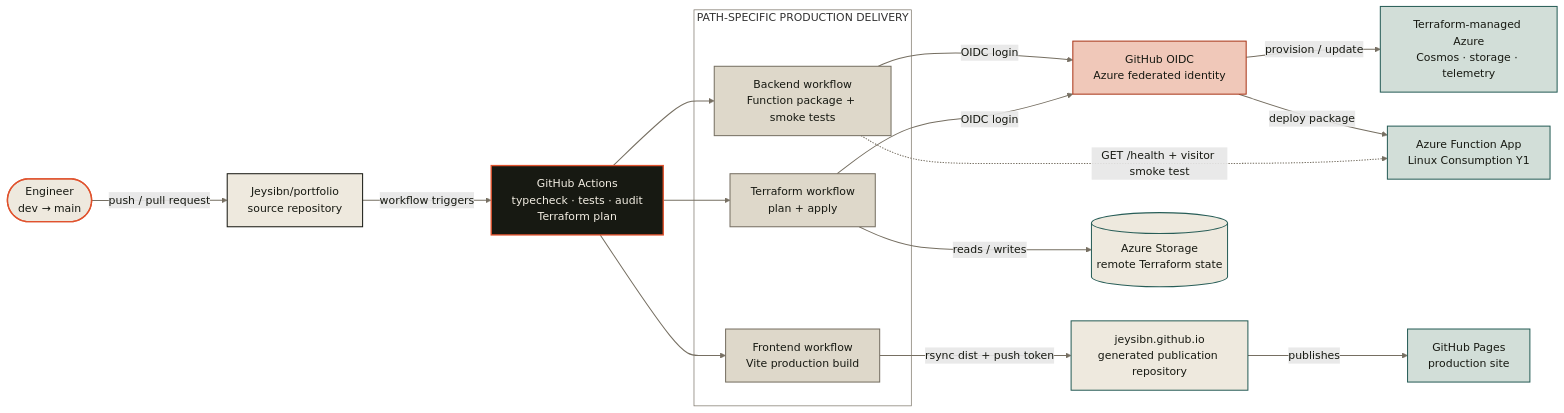
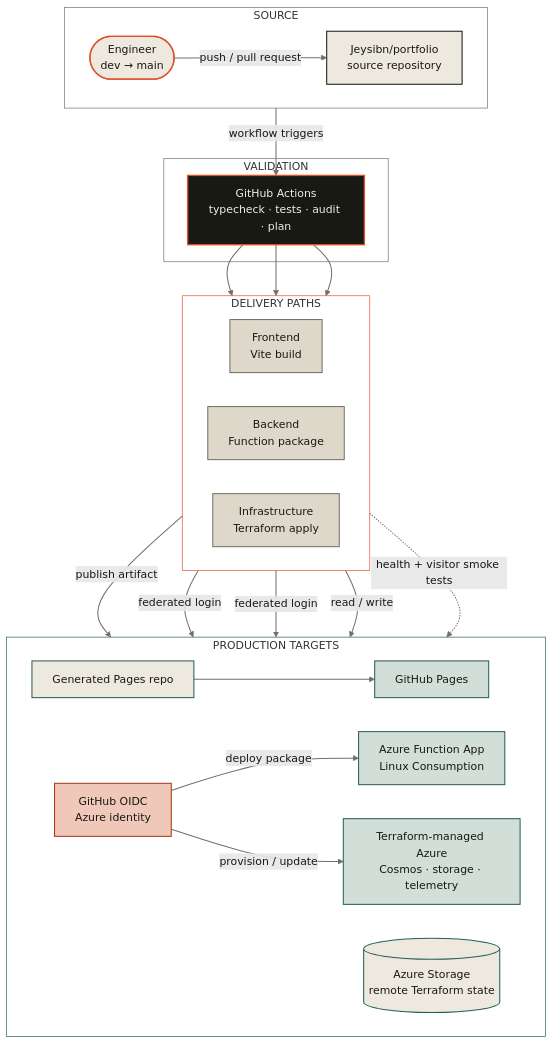
One commit to Jeysibn/portfolio changed the diagram in docs/architecture/portfolio/delivery.mmd. Above: the diagram before and after it, drawn with Mermaid. The commit also changed 13 other files, not shown here.

Commit message:
polish architecture diagram presentation

```diff
--- a/docs/architecture/portfolio/delivery.mmd
+++ b/docs/architecture/portfolio/delivery.mmd
@@ -1,43 +1,52 @@
 %% C4 container-level delivery and infrastructure view.
 %% Audience: technical reviewers locating validation, trust, and deploy boundaries.
-flowchart LR
-  engineer(["Engineer<br/>dev → main"]):::actor
-  source["Jeysibn/portfolio<br/>source repository"]:::surface
-  gates["GitHub Actions<br/>typecheck · tests · audit<br/>Terraform plan"]:::control
-
-  subgraph delivery["PATH-SPECIFIC PRODUCTION DELIVERY"]
-    frontend["Frontend workflow<br/>Vite production build"]:::pipeline
-    backend["Backend workflow<br/>Function package + smoke tests"]:::pipeline
-    infra["Terraform workflow<br/>plan + apply"]:::pipeline
+%% Shows production delivery paths; runtime request handling is out of scope.
+flowchart TB
+  subgraph sourcePhase["SOURCE"]
+    direction LR
+    engineer(["Engineer<br/>dev → main"]):::actor
+    source["Jeysibn/portfolio<br/>source repository"]:::surface
+    engineer -->|"push / pull request"| source
   end
-
-  oidc["GitHub OIDC<br/>Azure federated identity"]:::trust
-  pagesRepo["jeysibn.github.io<br/>generated publication repository"]:::state
-  pages["GitHub Pages<br/>production site"]:::runtime
-  function["Azure Function App<br/>Linux Consumption Y1"]:::runtime
-  azure["Terraform-managed Azure<br/>Cosmos · storage · telemetry"]:::runtime
-  tfstate[("Azure Storage<br/>remote Terraform state")]:::state
-
-  engineer -->|"push / pull request"| source
+  subgraph validationPhase["VALIDATION"]
+    gates["GitHub Actions<br/>typecheck · tests · audit · plan"]:::control
+  end
+  subgraph deliveryPhase["DELIVERY PATHS"]
+    direction LR
+    frontend["Frontend<br/>Vite build"]:::pipeline
+    backend["Backend<br/>Function package"]:::pipeline
+    infra["Infrastructure<br/>Terraform apply"]:::pipeline
+  end
+  subgraph productionPhase["PRODUCTION TARGETS"]
+    direction LR
+    pagesRepo["Generated Pages repo"]:::state
+    pages["GitHub Pages"]:::runtime
+    oidc["GitHub OIDC<br/>Azure identity"]:::trust
+    function["Azure Function App<br/>Linux Consumption"]:::runtime
+    azure["Terraform-managed Azure<br/>Cosmos · storage · telemetry"]:::runtime
+    tfstate[("Azure Storage<br/>remote Terraform state")]:::state
+  end
   source -->|"workflow triggers"| gates
   gates --> frontend
   gates --> backend
   gates --> infra
-  frontend -->|"rsync dist + push token"| pagesRepo
-  pagesRepo -->|"publishes"| pages
-  backend -->|"OIDC login"| oidc
-  infra -->|"OIDC login"| oidc
+  frontend -->|"publish artifact"| pagesRepo
+  pagesRepo --> pages
+  backend -->|"federated login"| oidc
+  infra -->|"federated login"| oidc
   oidc -->|"deploy package"| function
   oidc -->|"provision / update"| azure
-  infra -->|"reads / writes"| tfstate
-  backend -.->|"GET /health + visitor smoke test"| function
-
+  infra -->|"read / write"| tfstate
+  backend -.->|"health + visitor smoke tests"| function
   classDef actor fill:#eee9de,stroke:#e0522d,color:#171912,stroke-width:2px
   classDef surface fill:#eee9de,stroke:#171912,color:#171912,stroke-width:1.5px
   classDef control fill:#171912,stroke:#e0522d,color:#f3eee3,stroke-width:2px
   classDef pipeline fill:#ded8ca,stroke:#766f62,color:#171912,stroke-width:1.5px
   classDef trust fill:#f0c8b9,stroke:#a93618,color:#171912,stroke-width:1.5px
   classDef runtime fill:#d2ded8,stroke:#275d57,color:#171912,stroke-width:1.5px
   classDef state fill:#eee9de,stroke:#275d57,color:#171912,stroke-width:1.5px
-  style delivery fill:transparent,stroke:#766f62,stroke-width:1px
+  style sourcePhase fill:transparent,stroke:#766f62,stroke-width:1px
+  style validationPhase fill:transparent,stroke:#766f62,stroke-width:1px
+  style deliveryPhase fill:transparent,stroke:#e0522d,stroke-width:1px
+  style productionPhase fill:transparent,stroke:#275d57,stroke-width:1px
   linkStyle default stroke:#766f62,stroke-width:1.5px,color:#171912
```
